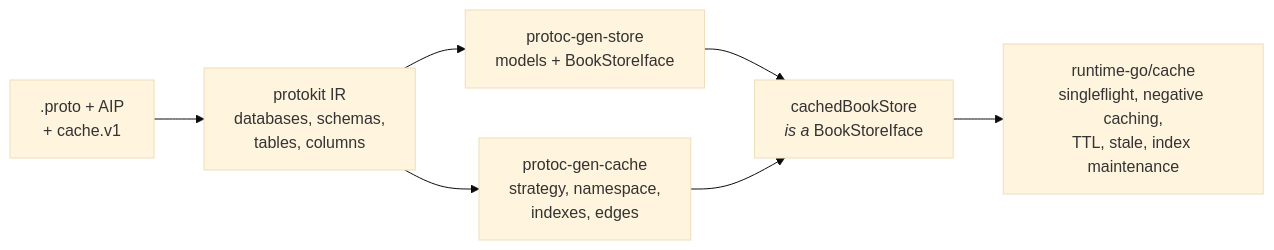
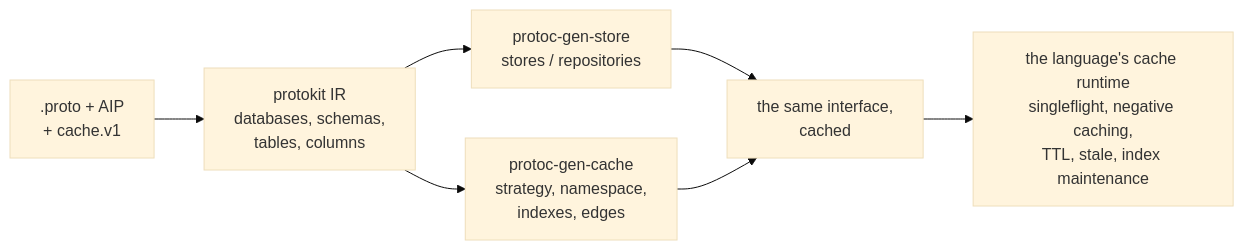
One commit to the-protobuf-project/cache changed the first of 5 diagrams in README.md. Above: the diagram before and after it, drawn with Mermaid (base theme). The commit also changed other lines of this file, not shown here.

````diff
--- a/README.md
+++ b/README.md
@@ -65,9 +77,9 @@
 ```mermaid
 flowchart LR
     P[".proto + AIP<br/>+ cache.v1"] --> IR["protokit IR<br/>databases, schemas,<br/>tables, columns"]
-    IR --> ST["protoc-gen-store<br/>models + BookStoreIface"]
+    IR --> ST["protoc-gen-store<br/>stores / repositories"]
     IR --> CA["protoc-gen-cache<br/>strategy, namespace,<br/>indexes, edges"]
-    ST --> D["cachedBookStore<br/><i>is a</i> BookStoreIface"]
+    ST --> D["the same interface,<br/>cached"]
     CA --> D
-    D --> RT["runtime-go/cache<br/>singleflight, negative caching,<br/>TTL, stale, index maintenance"]
+    D --> RT["the language's cache runtime<br/>singleflight, negative caching,<br/>TTL, stale, index maintenance"]
 ```
````
